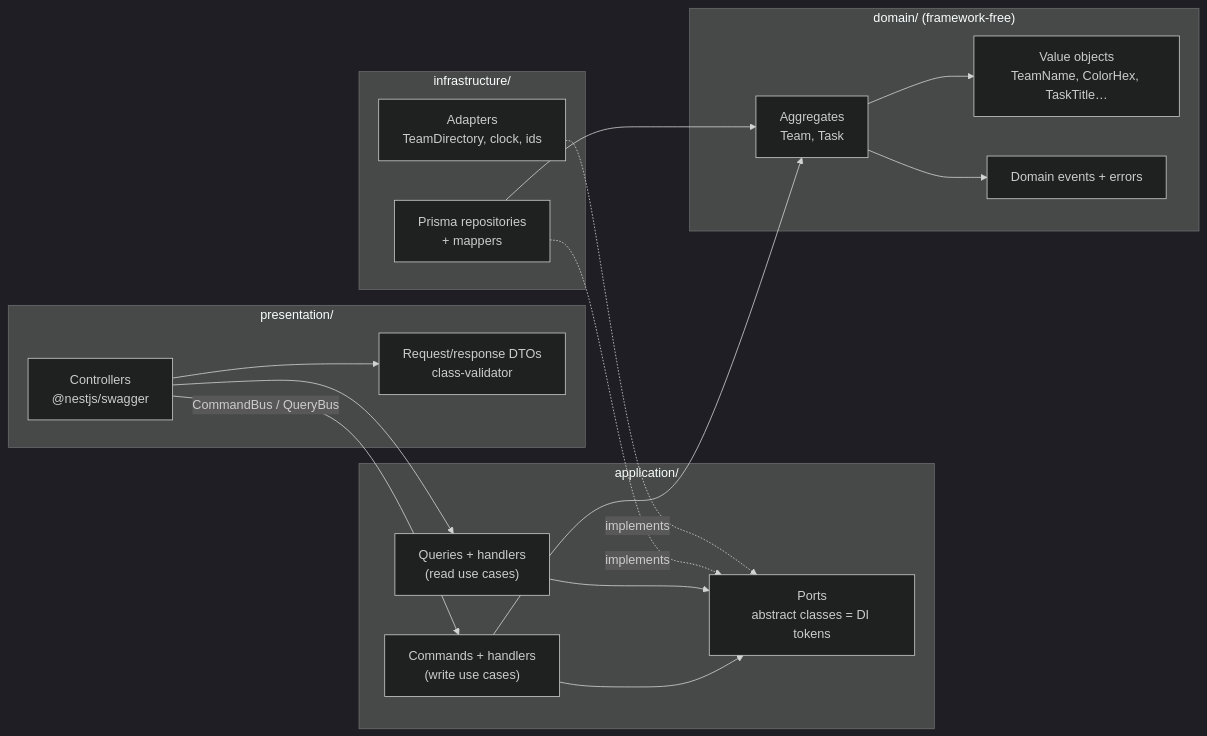
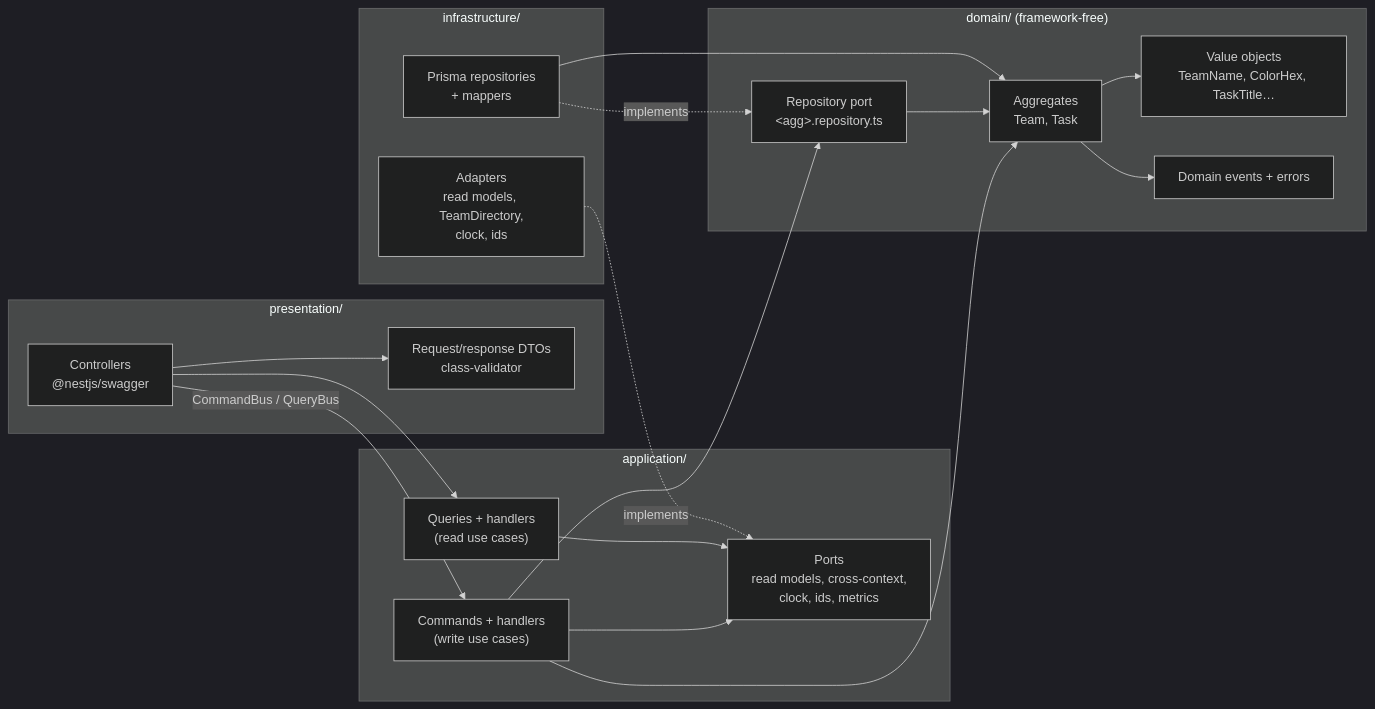
One commit to rodriguesdenis/hitss changed the fourth of 6 diagrams in docs/architecture/overview.md. Above: the diagram before and after it, drawn with Mermaid (dark theme). The commit also changed other lines of this file and 1 other file, not shown here.

Commit message:
docs(adr): place repository ports in the domain (P-2)
Decision P-2: an aggregate's repository port is declared in the domain
(domain/<agg>.repository.ts) with domain types only. Every other port
(read models, cross-context ports, clock, ids, metrics) stays in
application/ports/. Text by the architect (Trestle):
- overview 3.2: the layer diagram gains the domain repository port, and
  its paragraph explains both kinds of port;
- ADR-0002: the domain, application and infrastructure rows and the
  "Writes" bullet say the same;
- overview 6.2: the teams and tasks trees list team.repository.ts and
  task.repository.ts under domain/ and drop them from ports/.

dependency-cruiser needs no change: A1 allows the port (it imports only
domain files) and A2 lets application import domain.

Refs: T-002-03

````diff
--- a/docs/architecture/overview.md
+++ b/docs/architecture/overview.md
@@ -113,33 +113,36 @@
 ```mermaid
 flowchart LR
   subgraph presentation["presentation/"]
     ctrl["Controllers<br/>@nestjs/swagger"]
     dto["Request/response DTOs<br/>class-validator"]
   end
   subgraph application["application/"]
     cmd["Commands + handlers<br/>(write use cases)"]
     qry["Queries + handlers<br/>(read use cases)"]
-    ports["Ports<br/>abstract classes = DI tokens"]
+    ports["Ports<br/>read models, cross-context,<br/>clock, ids, metrics"]
   end
   subgraph domain["domain/ (framework-free)"]
     agg["Aggregates<br/>Team, Task"]
     vo["Value objects<br/>TeamName, ColorHex, TaskTitle…"]
     ev["Domain events + errors"]
+    rport["Repository port<br/>&lt;agg&gt;.repository.ts"]
   end
   subgraph infrastructure["infrastructure/"]
     repo["Prisma repositories<br/>+ mappers"]
-    adp["Adapters<br/>TeamDirectory, clock, ids"]
+    adp["Adapters<br/>read models, TeamDirectory,<br/>clock, ids"]
   end
 
   ctrl --> dto
   ctrl -- "CommandBus / QueryBus" --> cmd
   ctrl --> qry
   cmd --> agg
+  cmd --> rport
   cmd --> ports
   qry --> ports
   agg --> vo
   agg --> ev
-  repo -. "implements" .-> ports
+  rport --> agg
+  repo -. "implements" .-> rport
   adp -. "implements" .-> ports
   repo --> agg
 ```
````
